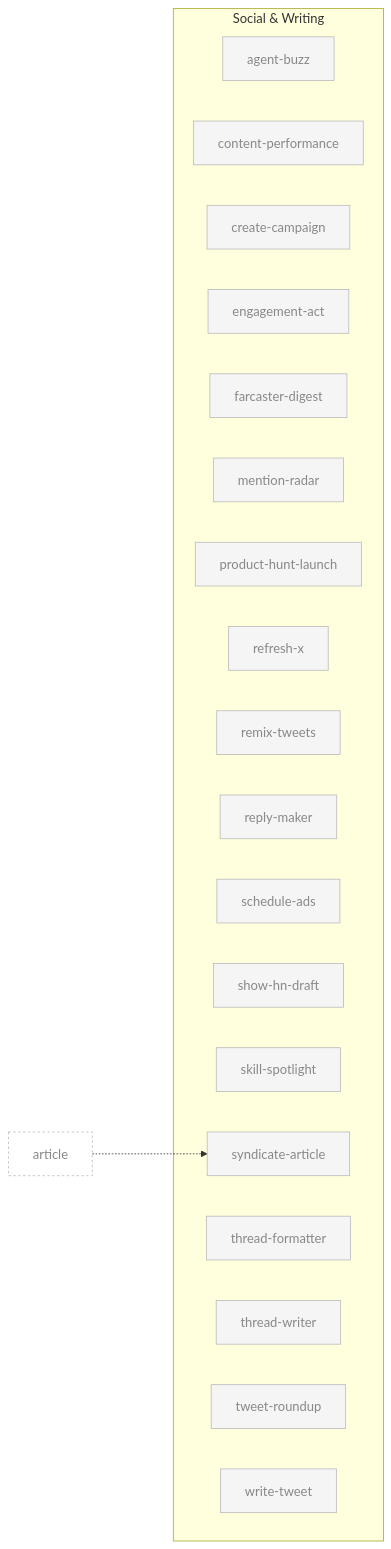
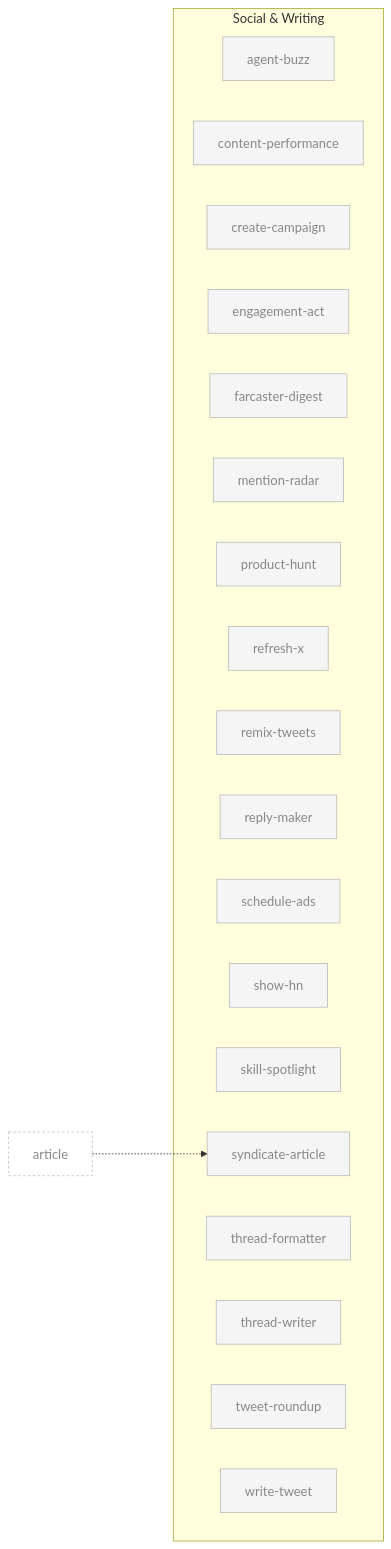
Before and after one commit to aeonfun/aeon: the eighth of 10 diagrams in docs/skill-graph.md, drawn with Mermaid. The commit also changed other lines of this file and 107 other files, not shown here.

First line of the commit message:
refactor(skills): shorten 30 skill names to two words (#427)

````diff
--- a/docs/skill-graph.md
+++ b/docs/skill-graph.md
@@ -455,50 +455,50 @@
 ```mermaid
 flowchart LR
     subgraph social ["Social & Writing"]
         agent-buzz[agent-buzz]
         content-performance[content-performance]
         create-campaign[create-campaign]
         engagement-act[engagement-act]
         farcaster-digest[farcaster-digest]
         mention-radar[mention-radar]
-        product-hunt-launch[product-hunt-launch]
+        product-hunt[product-hunt]
         refresh-x[refresh-x]
         remix-tweets[remix-tweets]
         reply-maker[reply-maker]
         schedule-ads[schedule-ads]
-        show-hn-draft[show-hn-draft]
+        show-hn[show-hn]
         skill-spotlight[skill-spotlight]
         syndicate-article[syndicate-article]
         thread-formatter[thread-formatter]
         thread-writer[thread-writer]
         tweet-roundup[tweet-roundup]
         write-tweet[write-tweet]
     end
 
     article[article]:::external
 
     article -..-> syndicate-article
 
     classDef default fill:#f5f5f5,stroke:#bbb,color:#888
     classDef enabled fill:#fff,stroke:#000,stroke-width:2px,color:#000
     classDef external fill:none,stroke:#bbb,stroke-dasharray:3 3,color:#888
     click agent-buzz "../skills/agent-buzz/SKILL.md"
     click content-performance "../skills/content-performance/SKILL.md"
     click create-campaign "../skills/create-campaign/SKILL.md"
     click engagement-act "../skills/engagement-act/SKILL.md"
     click farcaster-digest "../skills/farcaster-digest/SKILL.md"
     click mention-radar "../skills/mention-radar/SKILL.md"
-    click product-hunt-launch "../skills/product-hunt-launch/SKILL.md"
+    click product-hunt "../skills/product-hunt/SKILL.md"
     click refresh-x "../skills/refresh-x/SKILL.md"
     click remix-tweets "../skills/remix-tweets/SKILL.md"
     click reply-maker "../skills/reply-maker/SKILL.md"
     click schedule-ads "../skills/schedule-ads/SKILL.md"
-    click show-hn-draft "../skills/show-hn-draft/SKILL.md"
+    click show-hn "../skills/show-hn/SKILL.md"
     click skill-spotlight "../skills/skill-spotlight/SKILL.md"
     click syndicate-article "../skills/syndicate-article/SKILL.md"
     click thread-formatter "../skills/thread-formatter/SKILL.md"
     click thread-writer "../skills/thread-writer/SKILL.md"
     click tweet-roundup "../skills/tweet-roundup/SKILL.md"
     click write-tweet "../skills/write-tweet/SKILL.md"
     click article "../skills/article/SKILL.md"
 ```
````
